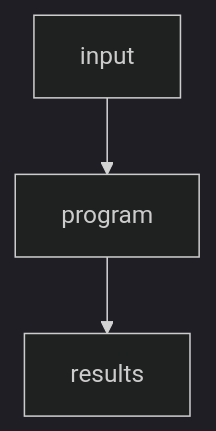
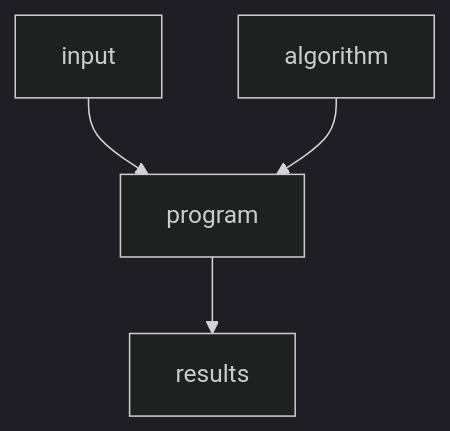
Before and after one commit to nicoladerric/nicoladerric.github.io: the diagram in _posts/2023-08-16-rivoluzione.md, drawn with Mermaid (dark theme).

````diff
--- a/_posts/2023-08-16-rivoluzione.md
+++ b/_posts/2023-08-16-rivoluzione.md
@@ -18,5 +18,6 @@
 ```mermaid
 graph TD;
     input --> program;
     program --> results;
+    algorithm --> program;
 ```
````
